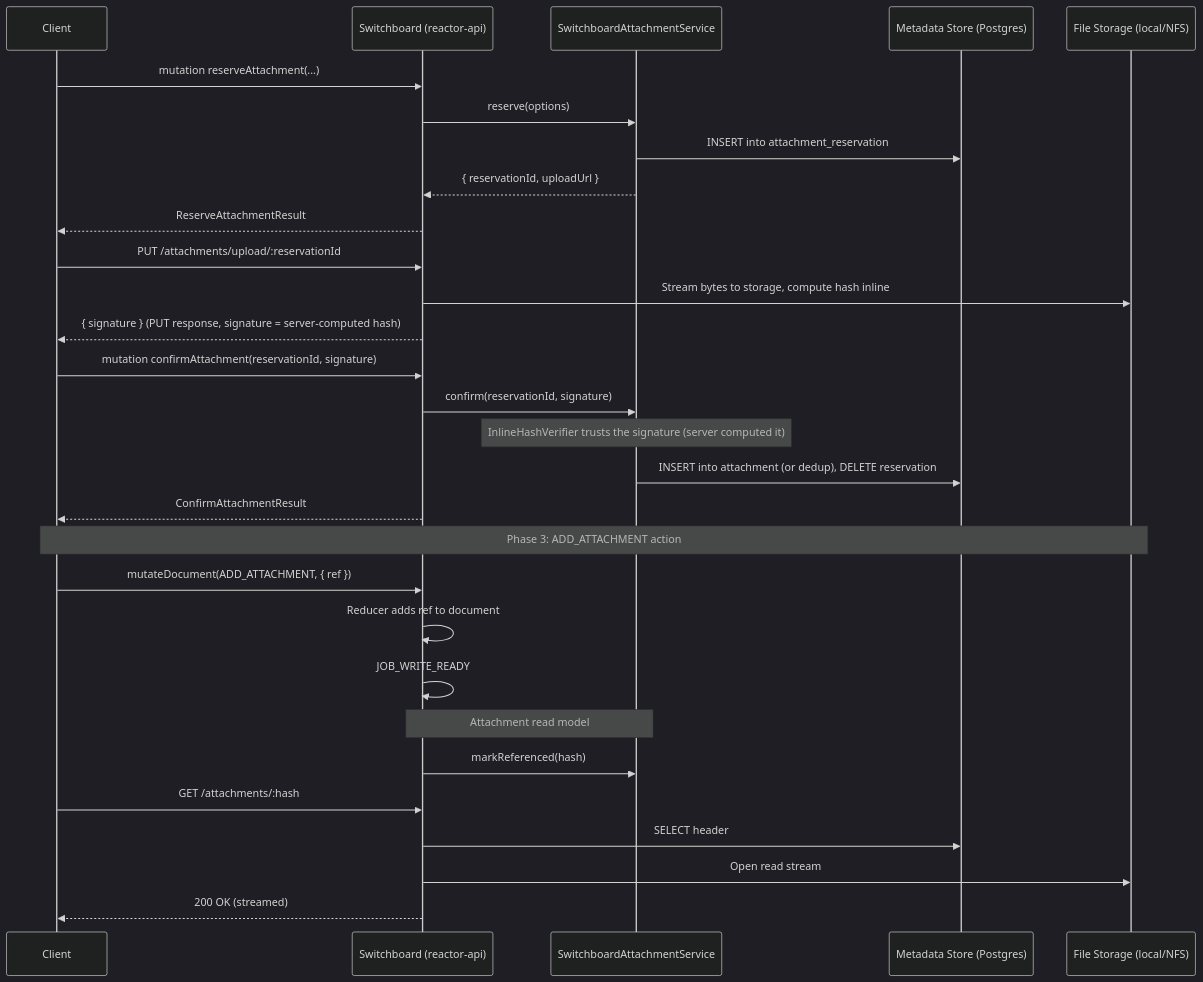
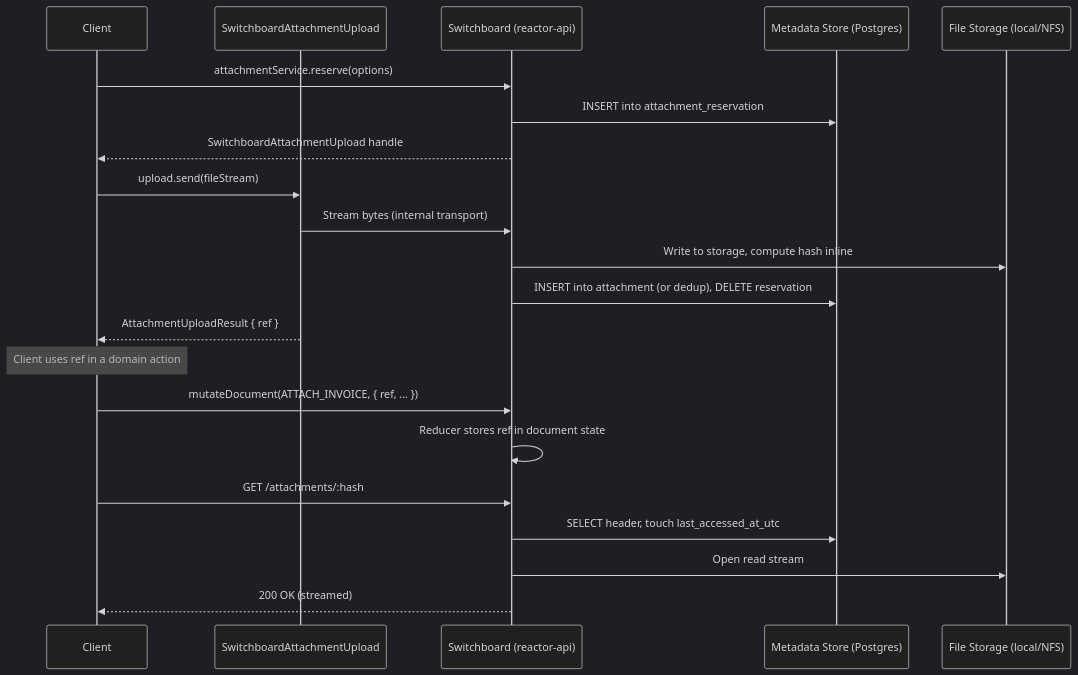
One commit to powerhouse-inc/powerhouse changed the sixth of 8 diagrams in packages/reactor/docs/attachments.md. Above: the diagram before and after it, drawn with Mermaid (dark theme). The commit also changed other lines of this file, not shown here.

Commit message:
chore: removing operations and simplifying upload through attachment service

````diff
--- a/packages/reactor/docs/attachments.md
+++ b/packages/reactor/docs/attachments.md
@@ -859,36 +658,27 @@
 ```mermaid
 sequenceDiagram
     participant Client
+    participant Handle as SwitchboardAttachmentUpload
     participant Switchboard as Switchboard (reactor-api)
-    participant AttachmentService as SwitchboardAttachmentService
     participant Store as Metadata Store (Postgres)
     participant Disk as File Storage (local/NFS)
 
-    Client->>Switchboard: mutation reserveAttachment(...)
-    Switchboard->>AttachmentService: reserve(options)
-    AttachmentService->>Store: INSERT into attachment_reservation
-    AttachmentService-->>Switchboard: { reservationId, uploadUrl }
-    Switchboard-->>Client: ReserveAttachmentResult
+    Client->>Switchboard: attachmentService.reserve(options)
+    Switchboard->>Store: INSERT into attachment_reservation
+    Switchboard-->>Client: SwitchboardAttachmentUpload handle
 
-    Client->>Switchboard: PUT /attachments/upload/:reservationId
-    Switchboard->>Disk: Stream bytes to storage, compute hash inline
-    Switchboard-->>Client: { signature } (PUT response, signature = server-computed hash)
+    Client->>Handle: upload.send(fileStream)
+    Handle->>Switchboard: Stream bytes (internal transport)
+    Switchboard->>Disk: Write to storage, compute hash inline
+    Switchboard->>Store: INSERT into attachment (or dedup), DELETE reservation
+    Handle-->>Client: AttachmentUploadResult { ref }
 
-    Client->>Switchboard: mutation confirmAttachment(reservationId, signature)
-    Switchboard->>AttachmentService: confirm(reservationId, signature)
-    Note over AttachmentService: InlineHashVerifier trusts the signature (server computed it)
-    AttachmentService->>Store: INSERT into attachment (or dedup), DELETE reservation
-    Switchboard-->>Client: ConfirmAttachmentResult
-
-    Note over Client, Disk: Phase 3: ADD_ATTACHMENT action
-    Client->>Switchboard: mutateDocument(ADD_ATTACHMENT, { ref })
-    Switchboard->>Switchboard: Reducer adds ref to document
-    Switchboard->>Switchboard: JOB_WRITE_READY
-    Note over Switchboard, AttachmentService: Attachment read model
-    Switchboard->>AttachmentService: markReferenced(hash)
+    Note over Client: Client uses ref in a domain action
+    Client->>Switchboard: mutateDocument(ATTACH_INVOICE, { ref, ... })
+    Switchboard->>Switchboard: Reducer stores ref in document state
 
     Client->>Switchboard: GET /attachments/:hash
-    Switchboard->>Store: SELECT header
+    Switchboard->>Store: SELECT header, touch last_accessed_at_utc
     Switchboard->>Disk: Open read stream
     Switchboard-->>Client: 200 OK (streamed)
 ```
````
